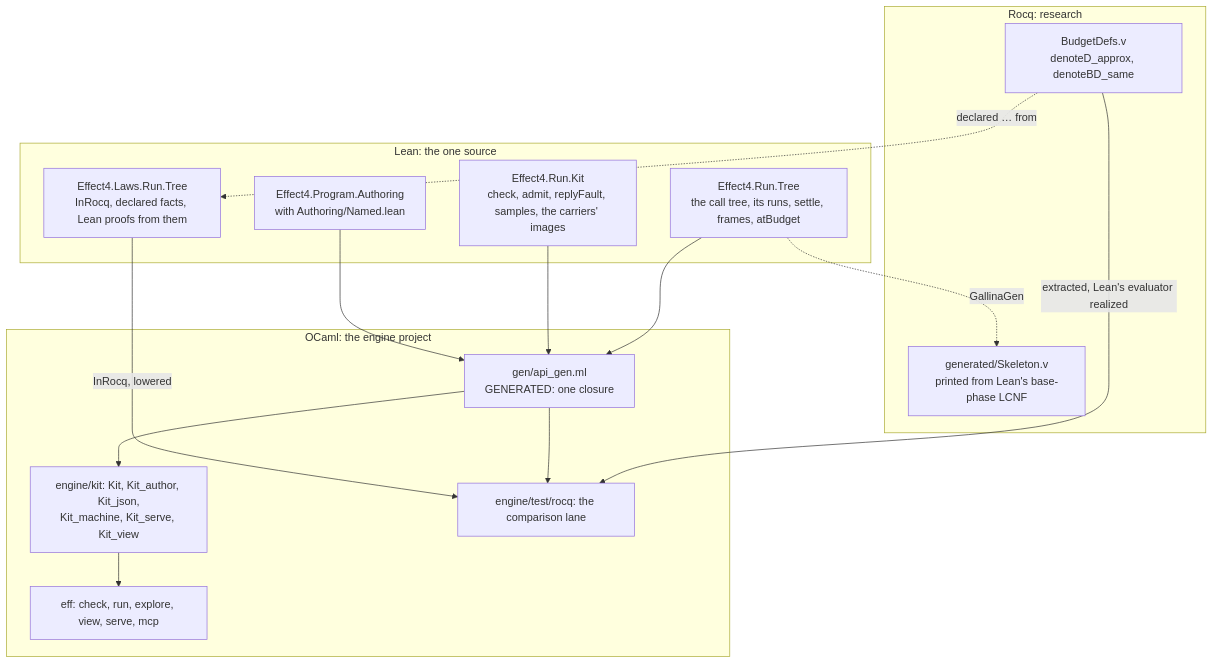
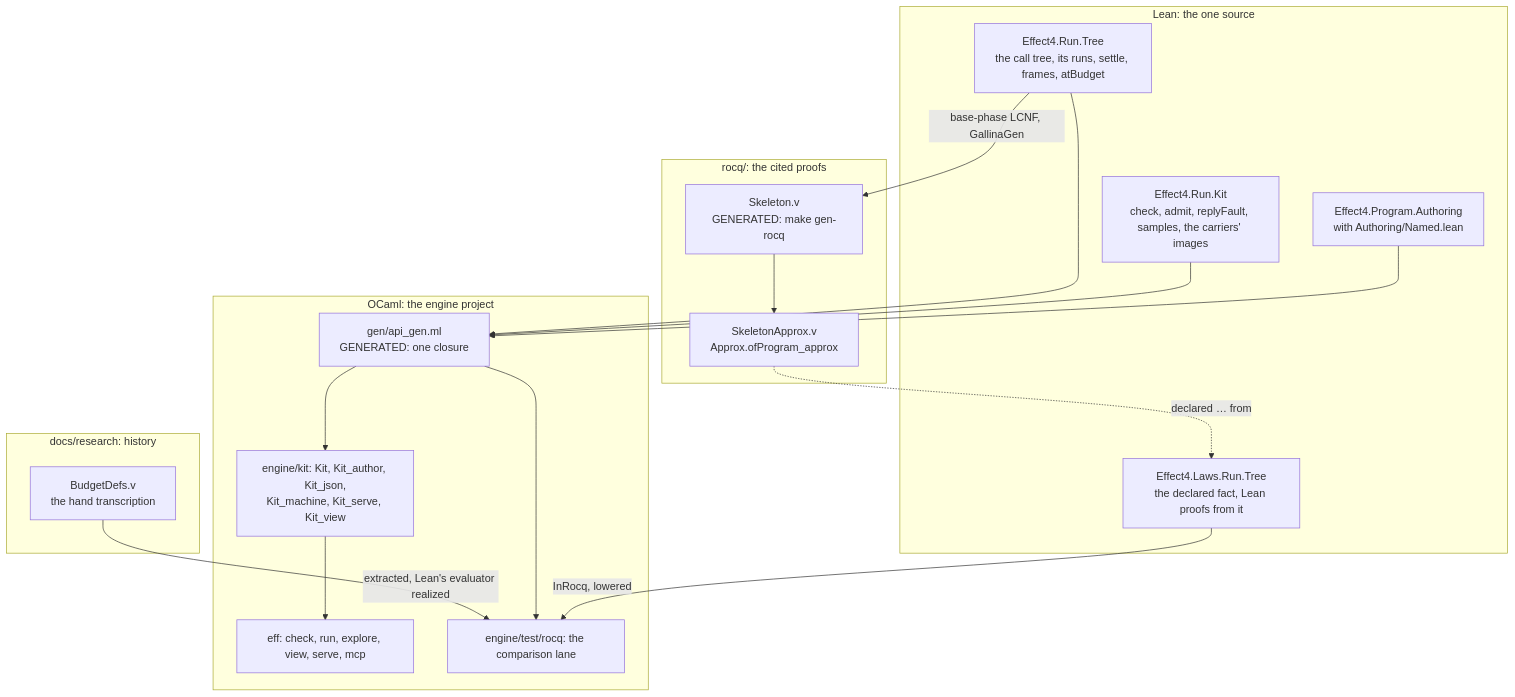
The second of 3 diagrams in docs/research/2026-10-16-native-kit/README.md (pure-algebra/lean4-effect4), drawn with Mermaid before and after one commit. The commit also changed other lines of this file and 1 other file, not shown here.

First line of the commit message:
The native kit's receipt and note: the proof over the generated skeleton, rocq/, and the five conditions

````diff
--- a/docs/research/2026-10-16-native-kit/README.md
+++ b/docs/research/2026-10-16-native-kit/README.md
@@ -47,28 +48,32 @@
 ```mermaid
 flowchart TB
   subgraph Lean["Lean: the one source"]
     T["Effect4.Run.Tree<br/>the call tree, its runs, settle, frames, atBudget"]
     K["Effect4.Run.Kit<br/>check, admit, replyFault, samples, the carriers' images"]
     A["Effect4.Program.Authoring<br/>with Authoring/Named.lean"]
-    L["Effect4.Laws.Run.Tree<br/>InRocq, declared facts, Lean proofs from them"]
+    L["Effect4.Laws.Run.Tree<br/>the declared fact, Lean proofs from it"]
   end
-  subgraph Rocq["Rocq: research"]
-    B["BudgetDefs.v<br/>denoteD_approx, denoteBD_same"]
-    S["generated/Skeleton.v<br/>printed from Lean's base-phase LCNF"]
+  subgraph Rocq["rocq/: the cited proofs"]
+    S["Skeleton.v<br/>GENERATED: make gen-rocq"]
+    P["SkeletonApprox.v<br/>Approx.ofProgram_approx"]
+  end
+  subgraph Research["docs/research: history"]
+    B["BudgetDefs.v<br/>the hand transcription"]
   end
   subgraph OCaml["OCaml: the engine project"]
     G["gen/api_gen.ml<br/>GENERATED: one closure"]
     H["engine/kit: Kit, Kit_author, Kit_json,<br/>Kit_machine, Kit_serve, Kit_view"]
     E["eff: check, run, explore, view, serve, mcp"]
     Q["engine/test/rocq: the comparison lane"]
   end
-  B -. "declared … from" .-> L
+  P -. "declared … from" .-> L
+  S --> P
   T --> G
   K --> G
   A --> G
   G --> H --> E
   B -- "extracted, Lean's evaluator realized" --> Q
   G --> Q
   L -- "InRocq, lowered" --> Q
-  T -. "GallinaGen" .-> S
+  T -- "base-phase LCNF, GallinaGen" --> S
 ```
````
